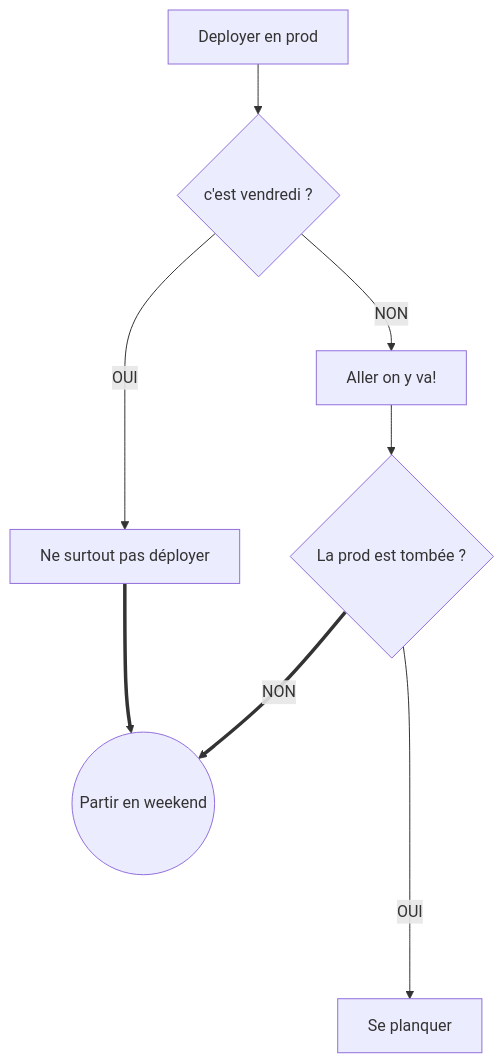
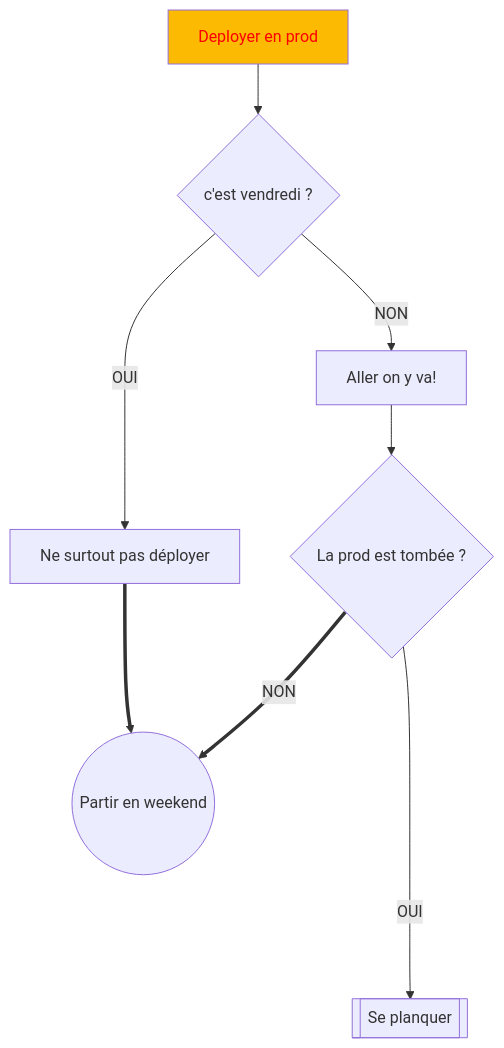
The first of 4 diagrams in flowcharts/README.md (ErwanLT/mermaidMarkdown), drawn with Mermaid before and after one commit. The commit also changed other lines of this file, not shown here.

Commit message:
flowcharts

````diff
--- a/flowcharts/README.md
+++ b/flowcharts/README.md
@@ -3,10 +3,11 @@
 ```mermaid
   flowchart TB
       A[Deployer en prod]-->B{c'est vendredi ?};
+      style A fill:#fcba03,color:red,stroke-width:1px
       B -- OUI --> C[Ne surtout pas déployer];
       C ==> G;
       B -- NON --> D[Aller on y va!];
       D--> E{La prod est tombée ?};
-      E -- OUI ----> F[Se planquer];
+      E -- OUI ----> F[[Se planquer]];
       E == NON ==> G((Partir en weekend));
 ```
````
